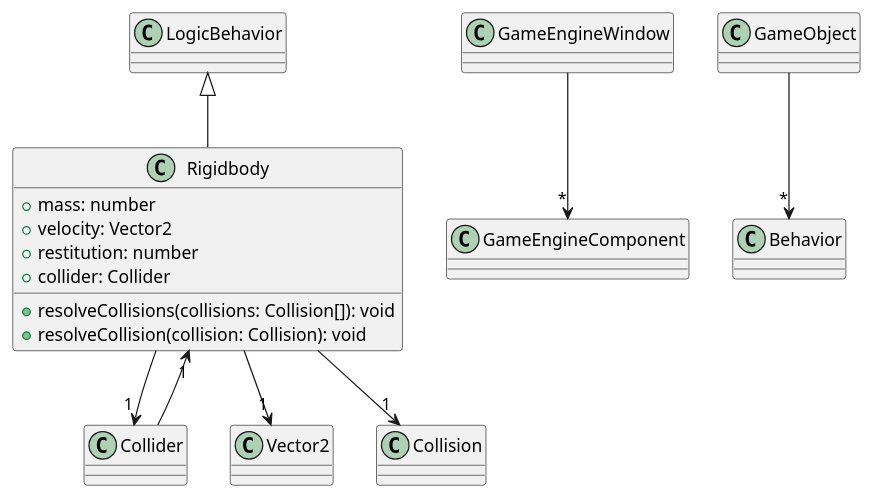
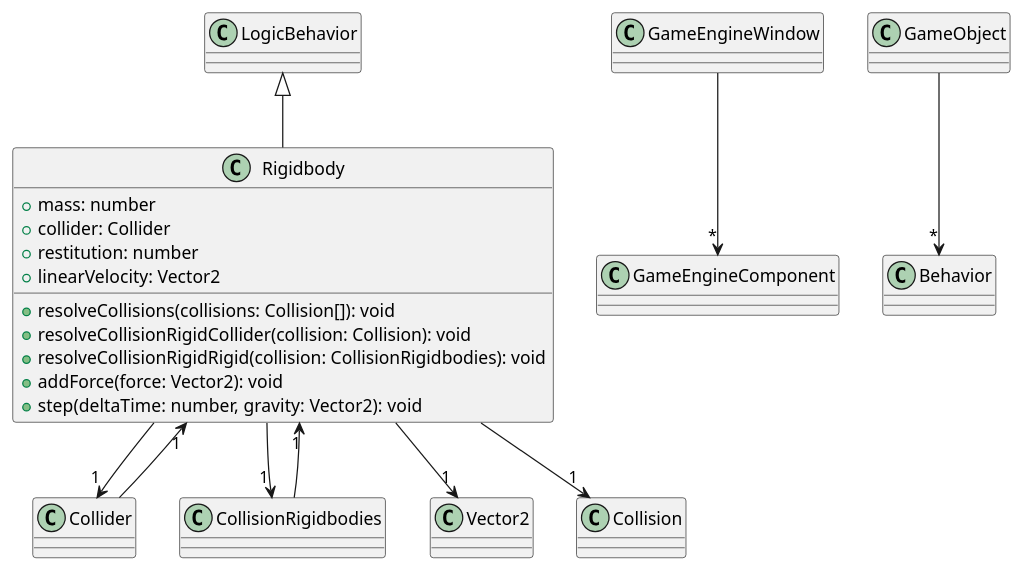
One commit to CPNV-ES/game-engine changed the diagram in doc/diagrams/Extensions_PhysicsEngine_Rigidbodies.puml. Above: the diagram before and after it, drawn with PlantUML. The commit also changed 5 other files, not shown here.

Commit message:
docs: update the diagrams and doc for the addition of forces in physicsEngine

```diff
--- a/doc/diagrams/Extensions_PhysicsEngine_Rigidbodies.puml
+++ b/doc/diagrams/Extensions_PhysicsEngine_Rigidbodies.puml
@@ -1,16 +1,21 @@
 @startuml
 class Rigidbody extends LogicBehavior {
     +mass: number
-    +velocity: Vector2
+    +collider: Collider
     +restitution: number
-    +collider: Collider
+    +linearVelocity: Vector2
     +resolveCollisions(collisions: Collision[]): void
-    +resolveCollision(collision: Collision): void
+    +resolveCollisionRigidCollider(collision: Collision): void
+    +resolveCollisionRigidRigid(collision: CollisionRigidbodies): void
+    +addForce(force: Vector2): void
+    +step(deltaTime: number, gravity: Vector2): void
 }
 GameEngineWindow --> "*" GameEngineComponent
 GameObject --> "*" Behavior
 Collider --> "1" Rigidbody
+CollisionRigidbodies --> "1" Rigidbody
 Rigidbody --> "1" Vector2
 Rigidbody --> "1" Collider
 Rigidbody --> "1" Collision
+Rigidbody --> "1" CollisionRigidbodies
 @enduml
```
